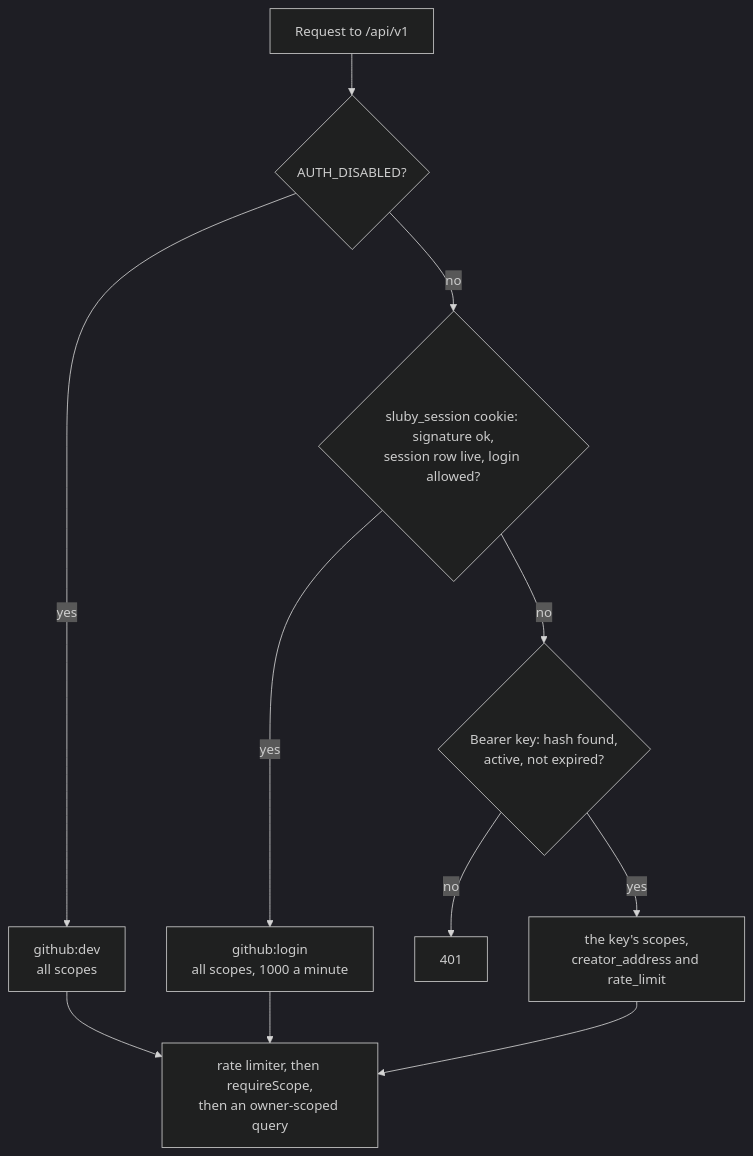
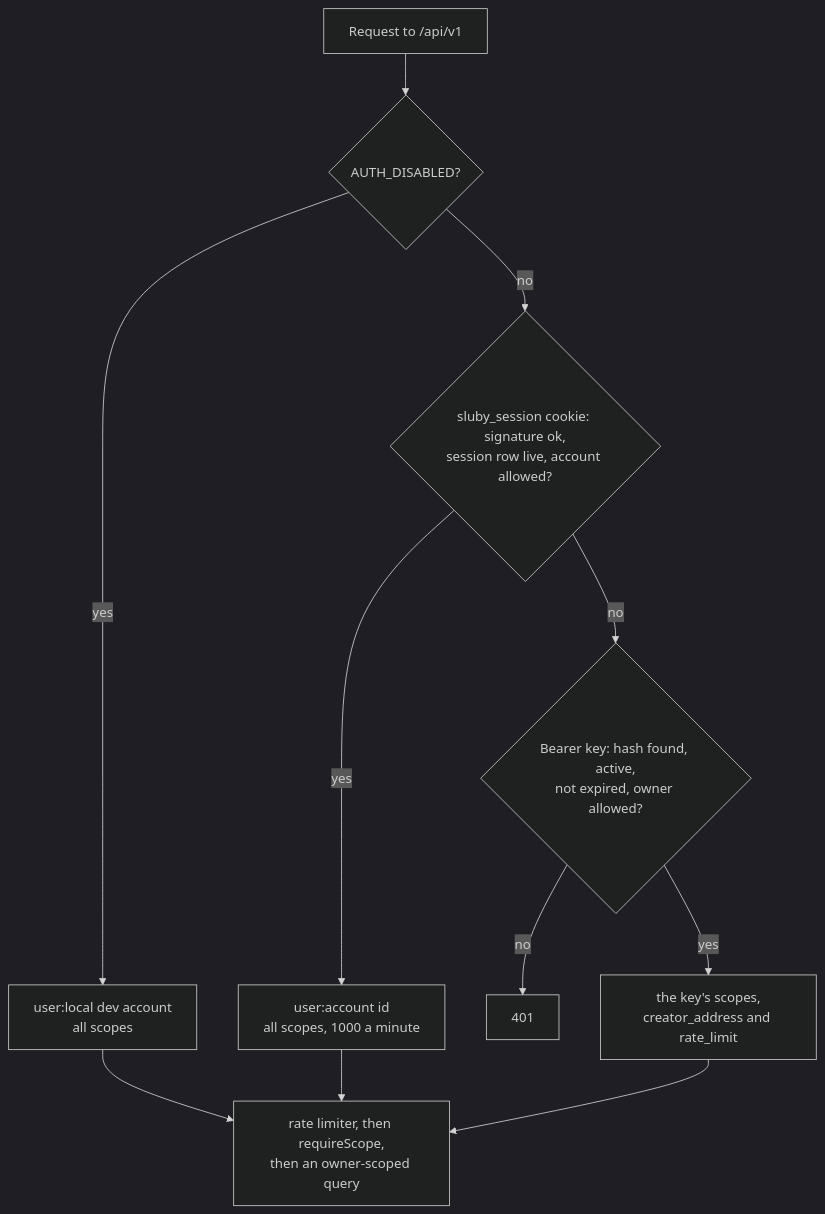
The diagram in docs/architecture/auth-and-tenancy.md (justmert/Sluby), drawn with Mermaid (dark theme) before and after one commit. The commit also changed other lines of this file and 9 other files, not shown here.

````diff
--- a/docs/architecture/auth-and-tenancy.md
+++ b/docs/architecture/auth-and-tenancy.md
@@ -7,13 +7,13 @@
 ```mermaid
 flowchart TB
   req[Request to /api/v1] --> dis{AUTH_DISABLED?}
-  dis -- yes --> dev["github:dev<br/>all scopes"]
-  dis -- no --> cookie{"sluby_session cookie: signature ok,<br/>session row live, login allowed?"}
-  cookie -- yes --> gh["github:login<br/>all scopes, 1000 a minute"]
-  cookie -- no --> bearer{"Bearer key: hash found,<br/>active, not expired?"}
+  dis -- yes --> dev["user:local dev account<br/>all scopes"]
+  dis -- no --> cookie{"sluby_session cookie: signature ok,<br/>session row live, account allowed?"}
+  cookie -- yes --> gh["user:account id<br/>all scopes, 1000 a minute"]
+  cookie -- no --> bearer{"Bearer key: hash found, active,<br/>not expired, owner allowed?"}
   bearer -- no --> e401[401]
   bearer -- yes --> key["the key's scopes,<br/>creator_address and rate_limit"]
   dev --> route["rate limiter, then requireScope,<br/>then an owner-scoped query"]
   gh --> route
   key --> route
 ```
````
